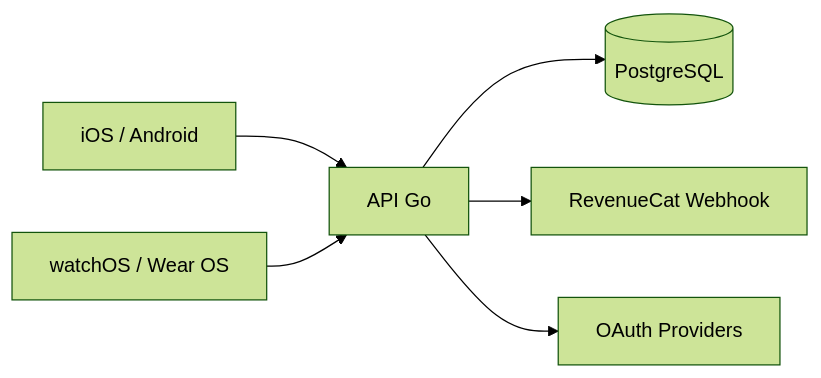
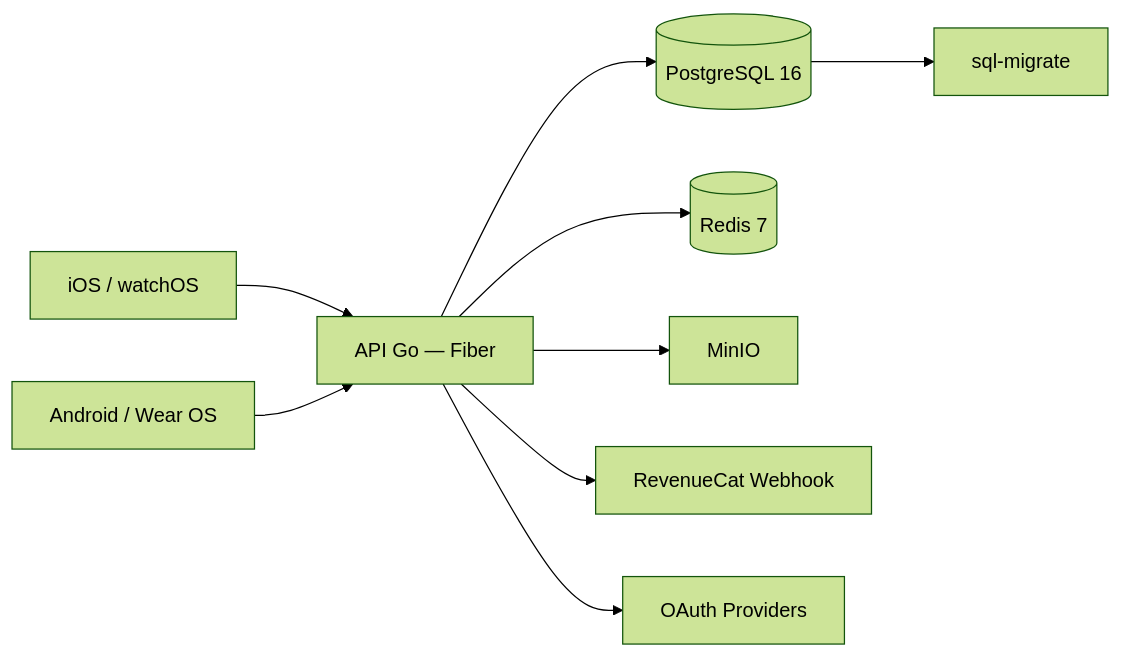
Before and after one commit to tiagofur/pepinillo_nativo: the diagram in obsidian/Pepinillo/Backend/Arquitectura General.md, drawn with Mermaid (forest theme). The commit also changed other lines of this file and 6 other files, not shown here.

Commit message:
docs: update iOS and backend documentation with latest architecture and API contract details

````diff
--- a/obsidian/Pepinillo/Backend/Arquitectura General.md
+++ b/obsidian/Pepinillo/Backend/Arquitectura General.md
@@ -32,8 +35,11 @@
 ```mermaid
 flowchart LR
-  A[iOS / Android] --> B[API Go]
-  A2[watchOS / Wear OS] --> B
-  B --> C[(PostgreSQL)]
-  B --> D[RevenueCat Webhook]
-  B --> E[OAuth Providers]
+  A[iOS / watchOS] --> B[API Go — Fiber]
+  A2[Android / Wear OS] --> B
+  B --> C[(PostgreSQL 16)]
+  B --> D[(Redis 7)]
+  B --> E[MinIO]
+  B --> F[RevenueCat Webhook]
+  B --> G[OAuth Providers]
+  C --> H[sql-migrate]
 ```
````
